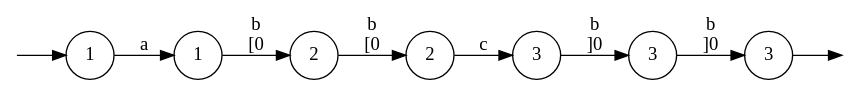
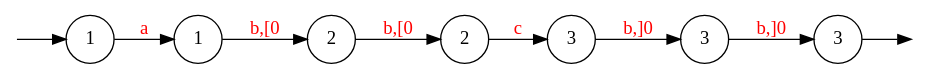
Before and after one commit to 0Marble/lgraphs: the diagram in text/graphs/graph1_path4.dot, drawn with Graphviz. The commit also changed 26 other files, not shown here.

Commit message:
changed graph images to svg

```diff
--- a/text/graphs/graph1_path4.dot
+++ b/text/graphs/graph1_path4.dot
@@ -1,23 +1,23 @@
 digraph {
 	node [shape=circle];
 	Q0 [style=invisible, height=0, width=0, fixedsize=true];
 	Q1 [style=invisible, height=0, width=0, fixedsize=true];
 	graph [rankdir="LR"];
 	2 [label=2];
 	5 [label=3];
 	0 [label=1];
 	1 [label=1];
 	3 [label=2];
 	4 [label=3];
 	6 [label=3];
 
 	Q0 -> 0;
 
 	6 -> Q1;
-	0 -> 1  [item="a", label="a"];
-	1 -> 2  [item="b[0", label="b\n[0"];
-	2 -> 3  [item="b[0", label="b\n[0"];
-	3 -> 4  [item="c", label="c"];
-	4 -> 5  [item="b]0", label="b\n]0"];
-	5 -> 6  [item="b]0", label="b\n]0"];
+	0 -> 1  [label="a", fontcolor=red];
+	3 -> 4  [label="c", fontcolor=red];
+	1 -> 2  [label="b,[0", fontcolor=red];
+	2 -> 3  [label="b,[0", fontcolor=red];
+	4 -> 5  [label="b,]0", fontcolor=red];
+	5 -> 6  [label="b,]0", fontcolor=red];
 }
```
